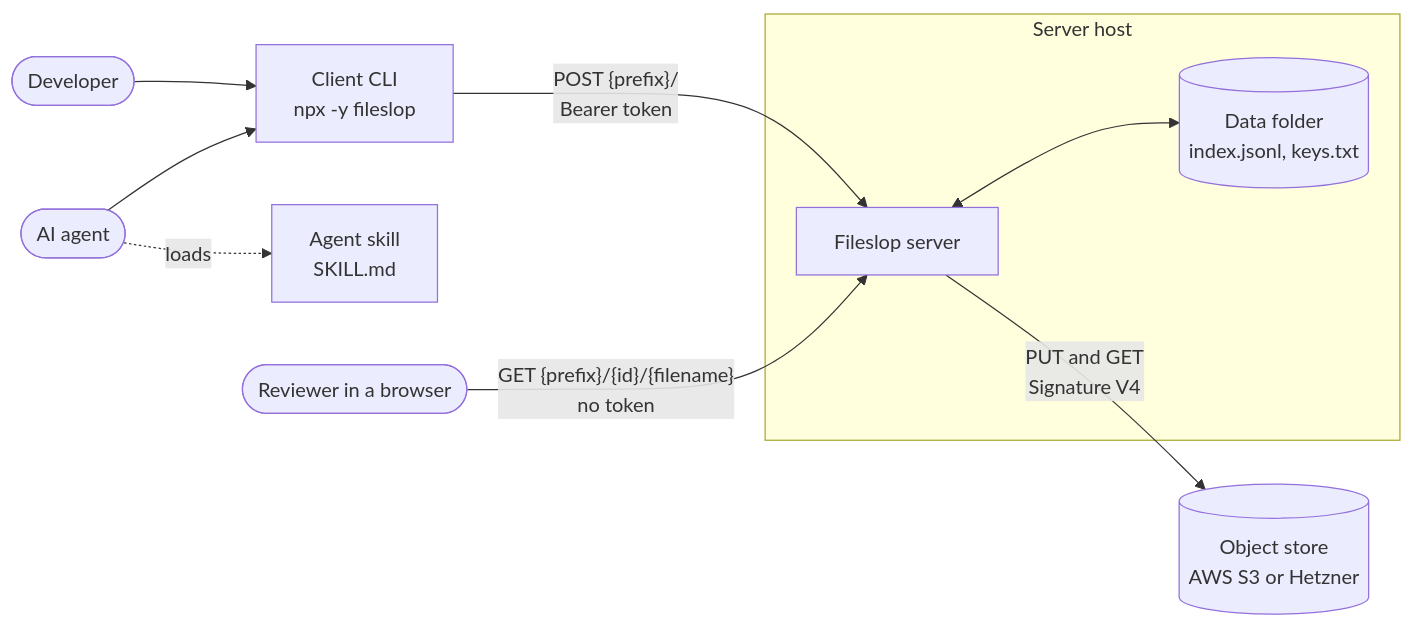
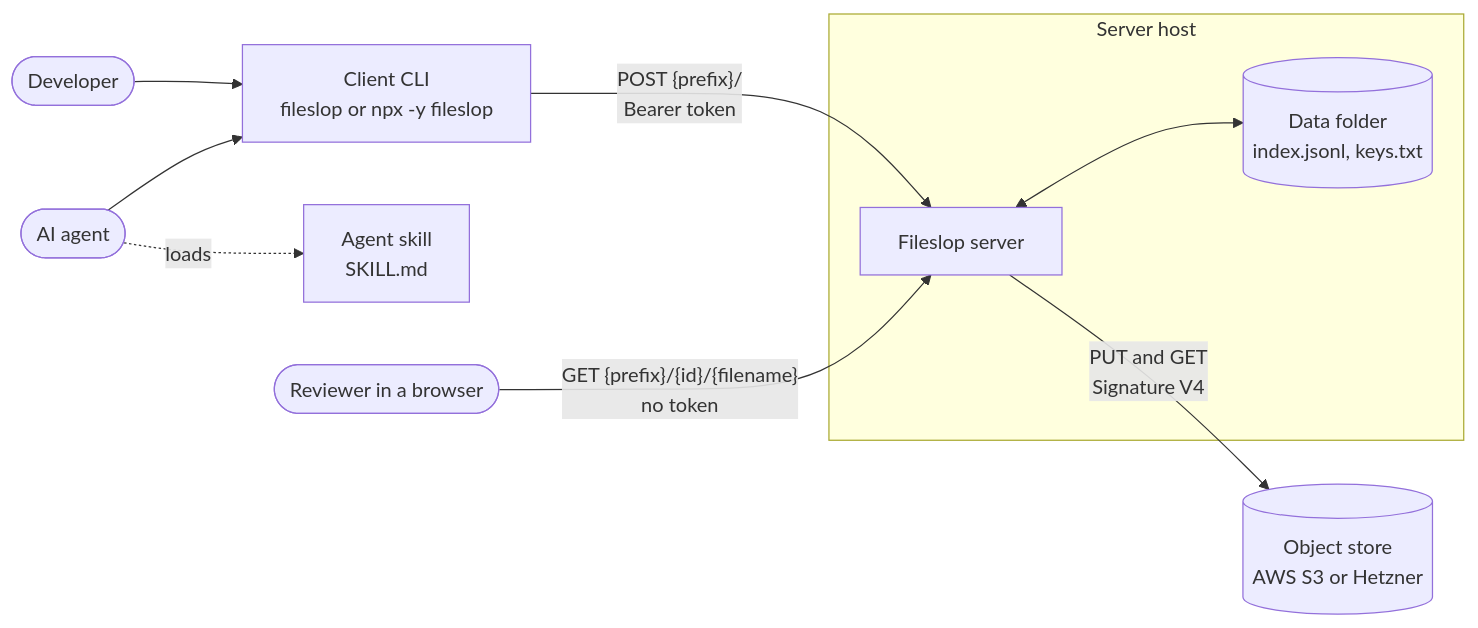
Before and after one commit to esukram/fileslop: the diagram in docs/architecture/architecture.md, drawn with Mermaid. The commit also changed other lines of this file and 15 other files, not shown here.

First line of the commit message:
feat(cli): install the client globally and read ~/.config/fileslop/.env (#10)

````diff
--- a/docs/architecture/architecture.md
+++ b/docs/architecture/architecture.md
@@ -15,14 +15,14 @@
 ```mermaid
 flowchart LR
   human([Developer]) --> cli
-  agent([AI agent]) --> cli["Client CLI<br/>npx -y fileslop"]
+  agent([AI agent]) --> cli["Client CLI<br/>fileslop or npx -y fileslop"]
   agent -. loads .-> skill["Agent skill<br/>SKILL.md"]
   cli -- "POST {prefix}/<br/>Bearer token" --> server
   reader([Reviewer in a browser]) -- "GET {prefix}/{id}/{filename}<br/>no token" --> server
   subgraph host [Server host]
     server[Fileslop server]
     data[("Data folder<br/>index.jsonl, keys.txt")]
   end
   server <--> data
   server -- "PUT and GET<br/>Signature V4" --> store[("Object store<br/>AWS S3 or Hetzner")]
 ```
````
